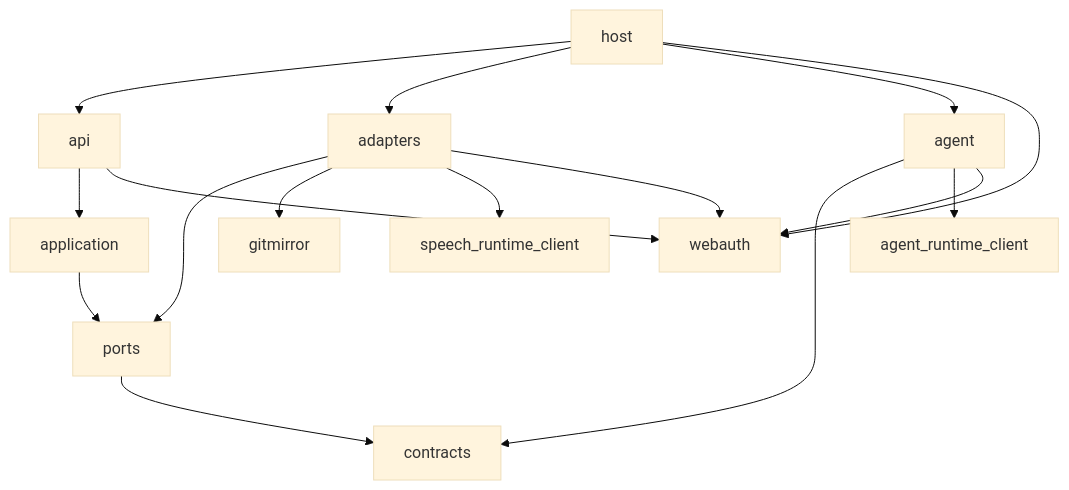
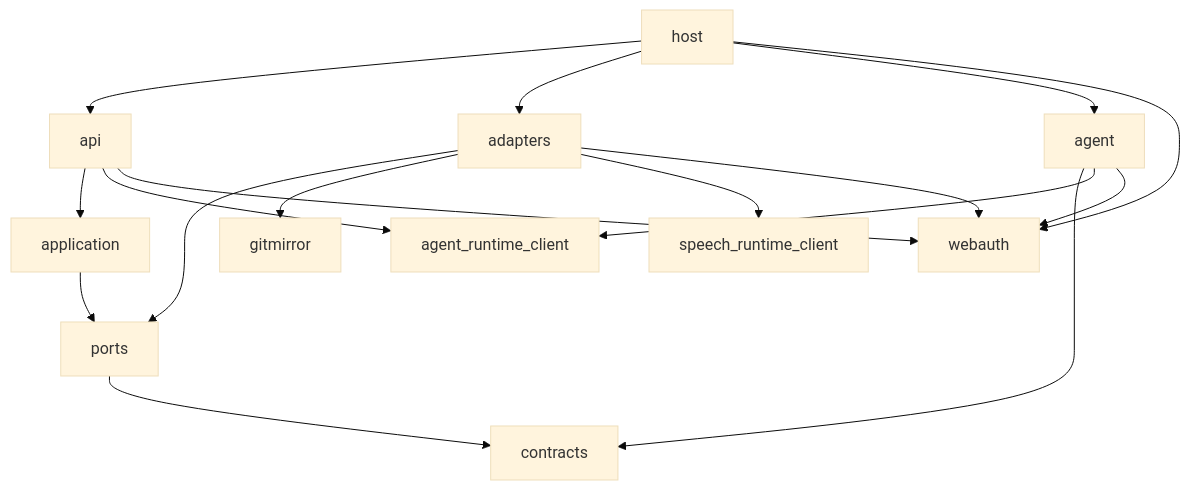
One commit to overnightworks/presentator changed the second of 3 diagrams in docs/ARCHITECTURE.md. Above: the diagram before and after it, drawn with Mermaid (base theme). The commit also changed other lines of this file and 26 other files, not shown here.

````diff
--- a/docs/ARCHITECTURE.md
+++ b/docs/ARCHITECTURE.md
@@ -27,18 +27,19 @@
 ```mermaid
 flowchart TD
     host --> api
     host --> adapters
     host --> agent
     api --> application
+    api --> arc
     adapters --> ports
     agent --> contracts
     application --> ports
     ports --> contracts
     adapters --> gitmirror
     agent --> arc[agent_runtime_client]
     adapters --> src[speech_runtime_client]
     host --> webauth
     api --> webauth
     agent --> webauth
     adapters --> webauth
 ```
````
